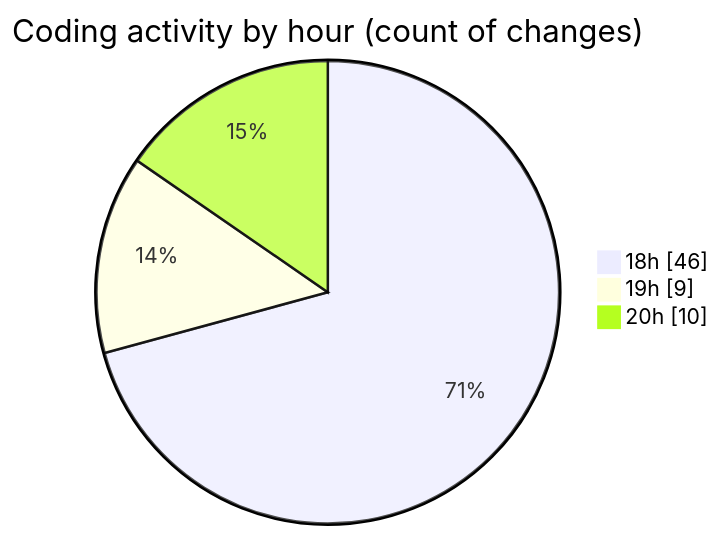
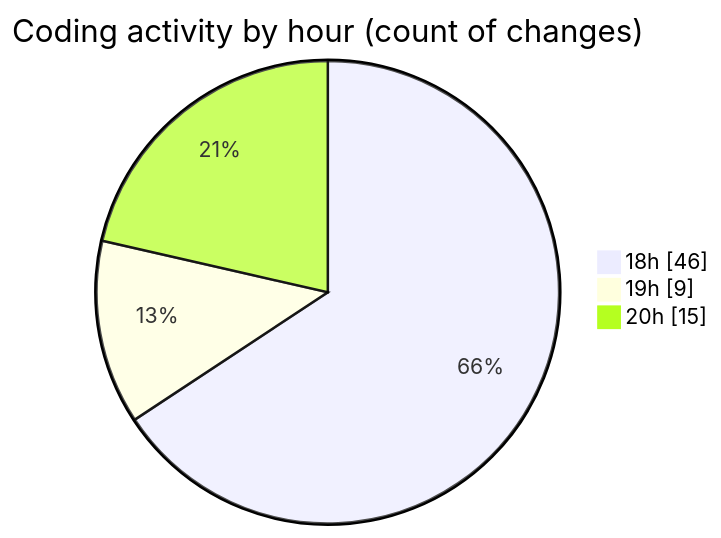
One commit to Ritupan-Deka/code-tracking changed the second of 2 diagrams in 2025-07-05/hidden_search_widget/README.md. Above: the diagram before and after it, drawn with Mermaid. The commit also changed other lines of this file and 1 other file, not shown here.

````diff
--- a/2025-07-05/hidden_search_widget/README.md
+++ b/2025-07-05/hidden_search_widget/README.md
@@ -34,7 +34,7 @@
 ```mermaid
 pie showData
 title Coding activity by hour (count of changes)
 "18h" : 46
 "19h" : 9
-"20h" : 10
+"20h" : 15
 ```
````
